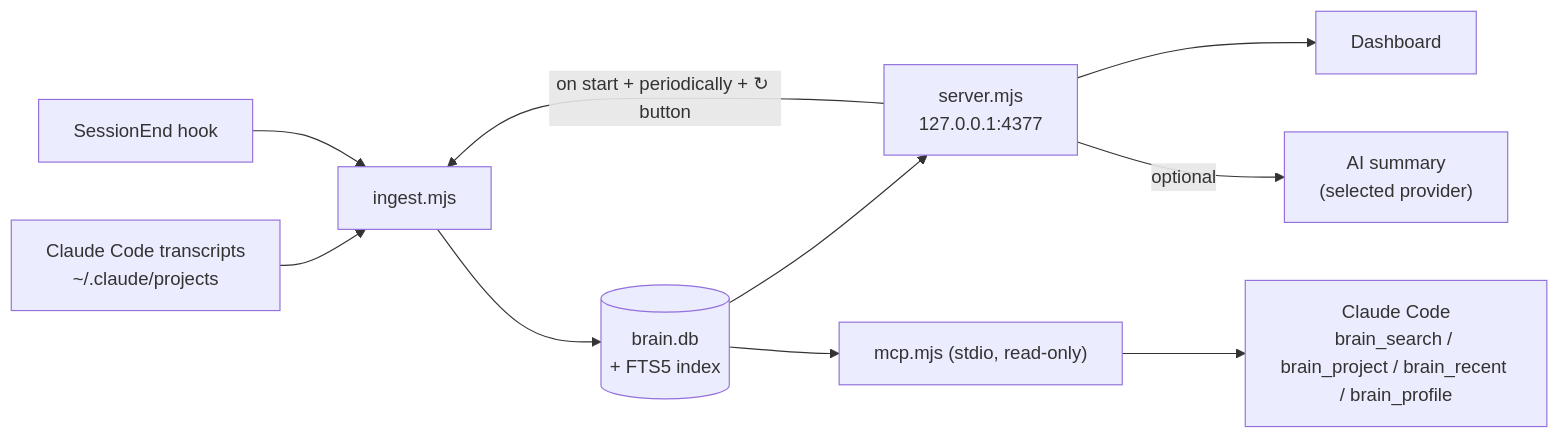
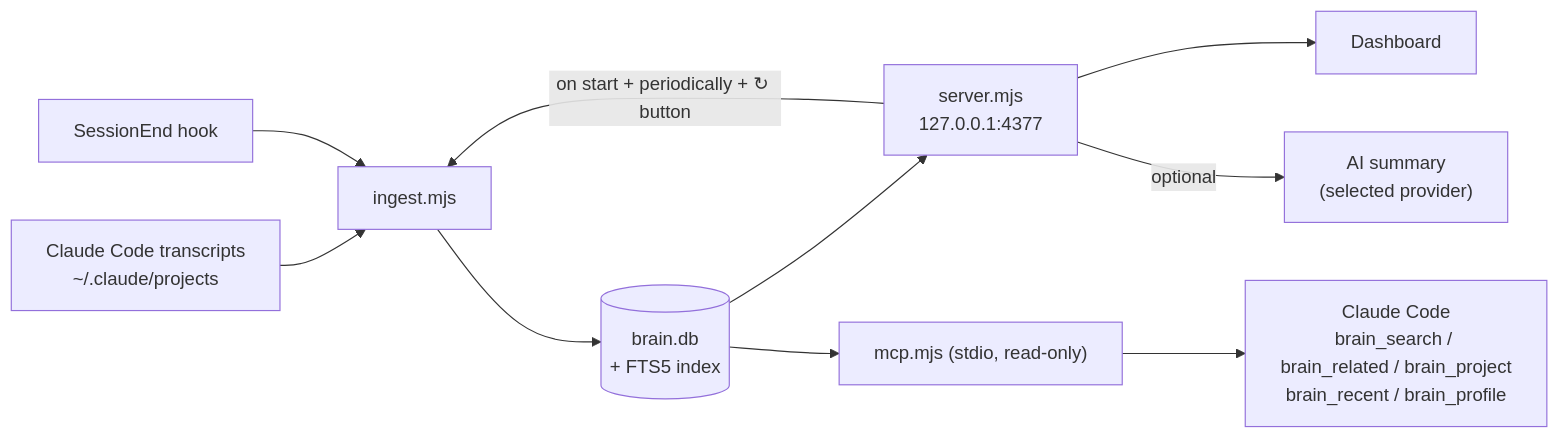
One commit to hienct-fpt/personal-brain changed the third of 4 diagrams in README.md. Above: the diagram before and after it, drawn with Mermaid. The commit also changed other lines of this file and 9 other files, not shown here.

First line of the commit message:
Add zero-token recall: time cues, prompt neighbours, entity graph

````diff
--- a/README.md
+++ b/README.md
@@ -169,10 +170,10 @@
 ```mermaid
 flowchart LR
   T["Claude Code transcripts<br/>~/.claude/projects"] --> I["ingest.mjs"]
   H["SessionEnd hook"] --> I
   I --> DB[("brain.db<br/>+ FTS5 index")]
   DB --> S["server.mjs<br/>127.0.0.1:4377"] --> UI["Dashboard"]
   S -->|"on start + periodically + ↻ button"| I
   S -->|"optional"| AI["AI summary<br/>(selected provider)"]
-  DB --> M["mcp.mjs (stdio, read-only)"] --> CC["Claude Code<br/>brain_search / brain_project / brain_recent / brain_profile"]
+  DB --> M["mcp.mjs (stdio, read-only)"] --> CC["Claude Code<br/>brain_search / brain_related / brain_project<br/>brain_recent / brain_profile"]
 ```
````
